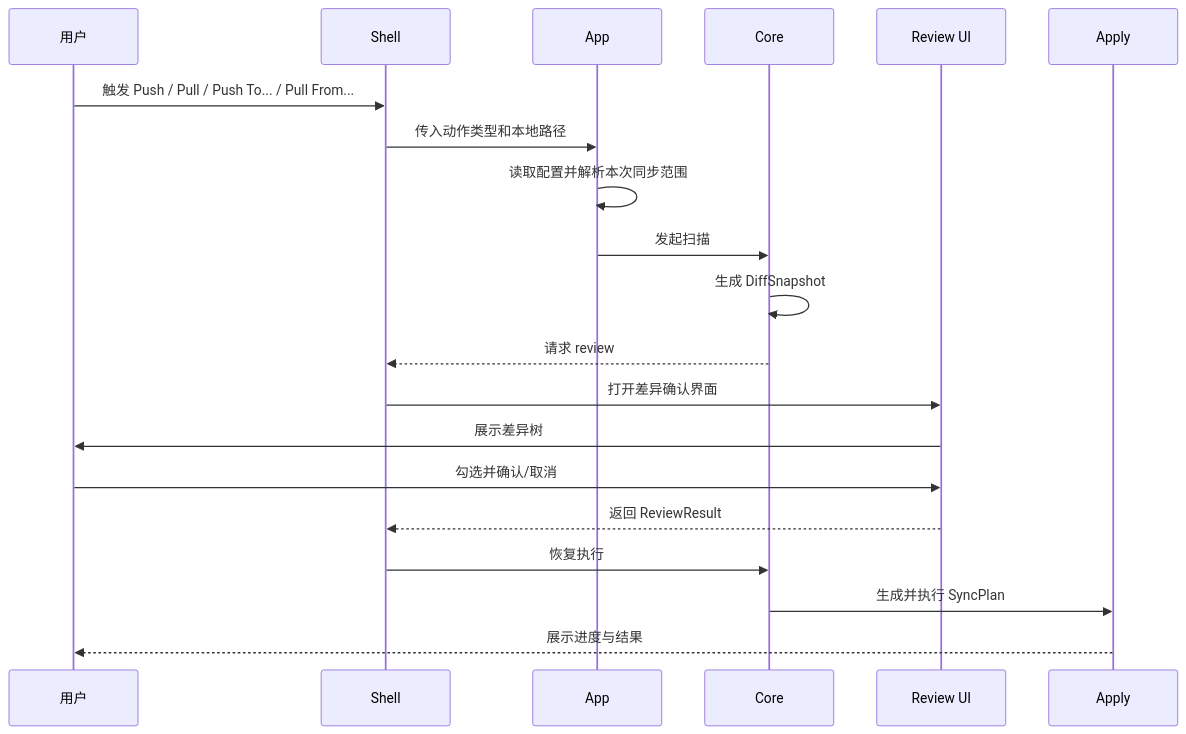
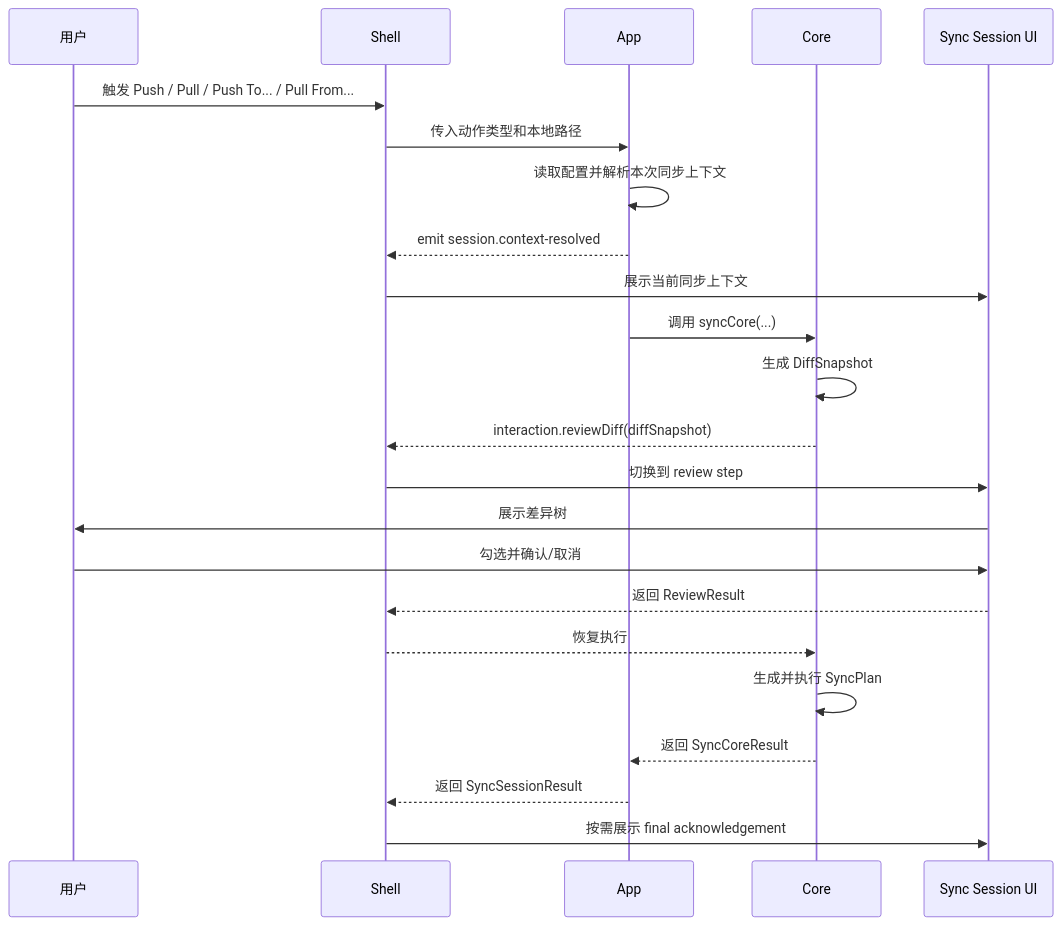
Before and after one commit to agalloch21/sync-with-rclone: the first of 10 diagrams in docs/Flows.md, drawn with Mermaid. The commit also changed other lines of this file and 2 other files, not shown here.

````diff
--- a/docs/Flows.md
+++ b/docs/Flows.md
@@ -5,23 +5,26 @@
 ```mermaid
 sequenceDiagram
   participant U as 用户
   participant S as Shell
   participant A as App
   participant C as Core
-  participant R as Review UI
-  participant X as Apply
+  participant W as Sync Session UI
 
   U->>S: 触发 Push / Pull / Push To... / Pull From...
   S->>A: 传入动作类型和本地路径
-  A->>A: 读取配置并解析本次同步范围
-  A->>C: 发起扫描
+  A->>A: 读取配置并解析本次同步上下文
+  A-->>S: emit session.context-resolved
+  S->>W: 展示当前同步上下文
+  A->>C: 调用 syncCore(...)
   C->>C: 生成 DiffSnapshot
-  C-->>S: 请求 review
-  S->>R: 打开差异确认界面
-  R->>U: 展示差异树
-  U->>R: 勾选并确认/取消
-  R-->>S: 返回 ReviewResult
-  S->>C: 恢复执行
-  C->>X: 生成并执行 SyncPlan
-  X-->>U: 展示进度与结果
+  C-->>S: interaction.reviewDiff(diffSnapshot)
+  S->>W: 切换到 review step
+  W->>U: 展示差异树
+  U->>W: 勾选并确认/取消
+  W-->>S: 返回 ReviewResult
+  S-->>C: 恢复执行
+  C->>C: 生成并执行 SyncPlan
+  C-->>A: 返回 SyncCoreResult
+  A-->>S: 返回 SyncSessionResult
+  S->>W: 按需展示 final acknowledgement
 ```
````
